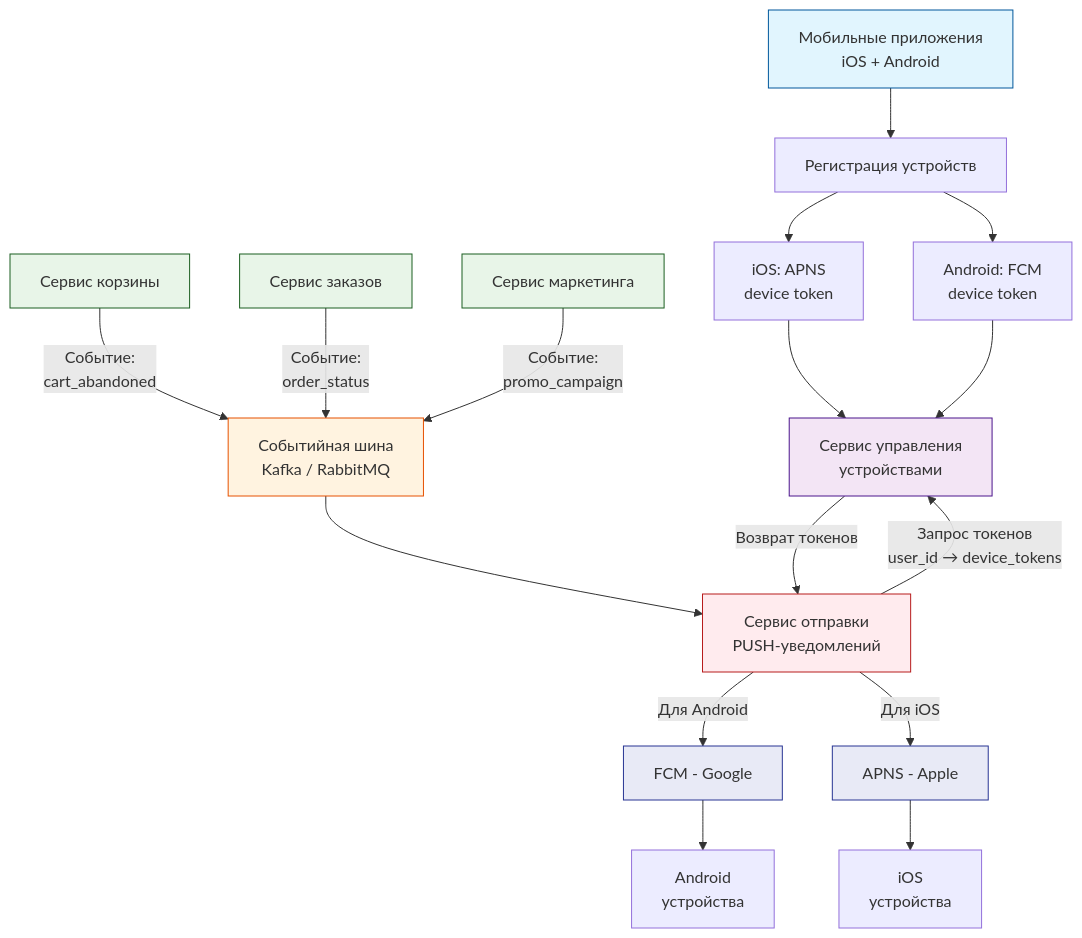
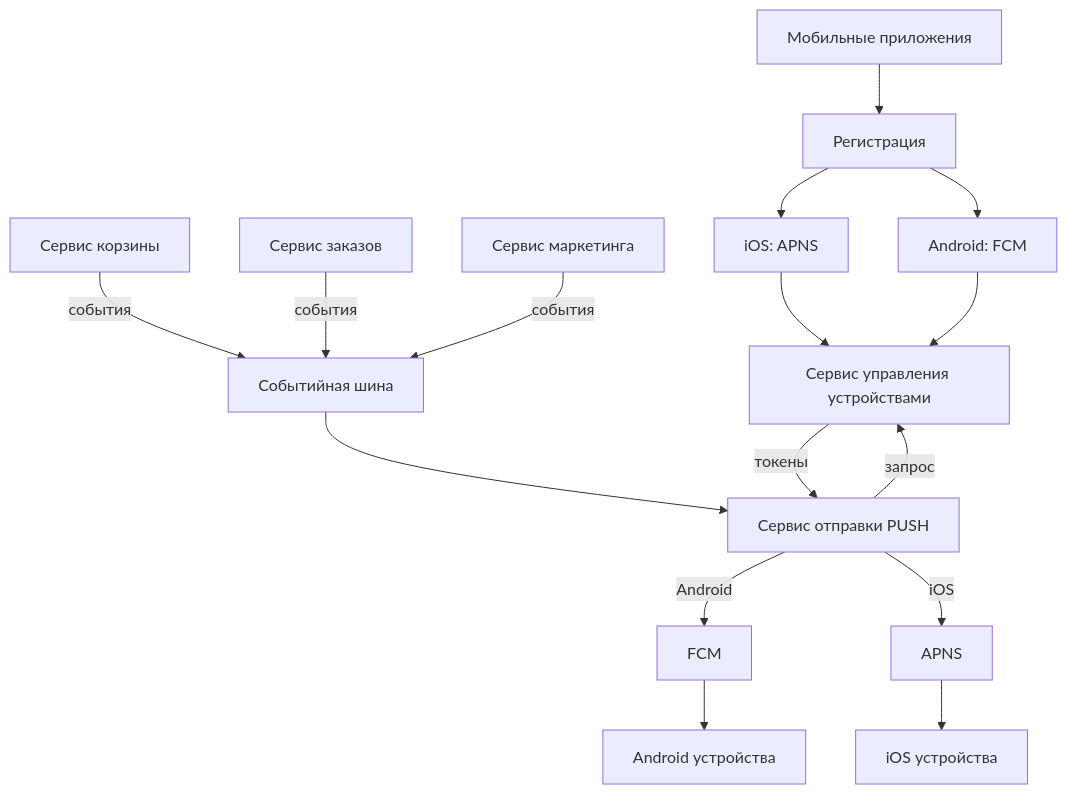
The diagram in Task-3-Architecture/README.md (Lutfullakhon/petrushka-test-task), drawn with Mermaid before and after one commit.

````diff
--- a/Task-3-Architecture/README.md
+++ b/Task-3-Architecture/README.md
@@ -4,41 +4,24 @@
 ```mermaid
 graph TB
-    %% Мобильные приложения
-    App["Мобильные приложения<br/>iOS + Android"] --> Reg["Регистрация устройств"]
+    App[Мобильные приложения] --> Reg[Регистрация]
+    Reg --> APNS_iOS[iOS: APNS]
+    Reg --> FCM_Android[Android: FCM]
     
-    Reg --> APNS["iOS: APNS<br/>device token"]
-    Reg --> FCM_REG["Android: FCM<br/>device token"]
+    APNS_iOS --> DeviceService[Сервис управления устройствами]
+    FCM_Android --> DeviceService
     
-    APNS --> DeviceService["Сервис управления<br/>устройствами"]
-    FCM_REG --> DeviceService
+    Cart[Сервис корзины] -->|события| EventBus[Событийная шина]
+    Orders[Сервис заказов] -->|события| EventBus
+    Marketing[Сервис маркетинга] -->|события| EventBus
     
-    %% Бизнес-сервисы - источники событий
-    CartService["Сервис корзины"] -->|"Событие:<br/>cart_abandoned"| EventBus["Событийная шина<br/>Kafka / RabbitMQ"]
-    OrderService["Сервис заказов"] -->|"Событие:<br/>order_status"| EventBus
-    MarketingService["Сервис маркетинга"] -->|"Событие:<br/>promo_campaign"| EventBus
+    EventBus --> PushService[Сервис отправки PUSH]
     
-    %% Обработка событий
-    EventBus --> PushService["Сервис отправки<br/>PUSH-уведомлений"]
+    PushService -->|запрос| DeviceService
+    DeviceService -->|токены| PushService
     
-    PushService -->|"Запрос токенов<br/>user_id → device_tokens"| DeviceService
-    DeviceService -->|"Возврат токенов"| PushService
+    PushService -->|Android| FCM_Send[FCM]
+    PushService -->|iOS| APNS_Send[APNS]
     
-    %% Отправка через внешние сервисы
-    PushService -->|"Для Android"| FCM_Send["FCM - Google"]
-    PushService -->|"Для iOS"| APNS_Send["APNS - Apple"]
-    
-    %% Доставка на устройства
-    FCM_Send --> AndroidDev["Android<br/>устройства"]
-    APNS_Send --> iOSDev["iOS<br/>устройства"]
-    
-    %% Стили для наглядности
-    style App fill:#e1f5fe,stroke:#01579b
-    style DeviceService fill:#f3e5f5,stroke:#4a148c
-    style CartService fill:#e8f5e8,stroke:#1b5e20
-    style OrderService fill:#e8f5e8,stroke:#1b5e20
-    style MarketingService fill:#e8f5e8,stroke:#1b5e20
-    style EventBus fill:#fff3e0,stroke:#e65100
-    style PushService fill:#ffebee,stroke:#b71c1c
-    style FCM_Send fill:#e8eaf6,stroke:#283593
-    style APNS_Send fill:#e8eaf6,stroke:#283593
+    FCM_Send --> Android[Android устройства]
+    APNS_Send --> iOS[iOS устройства]
 ```
````
